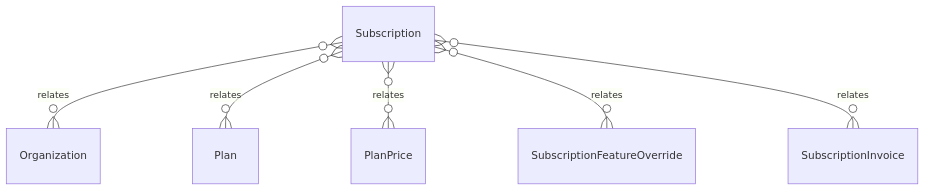
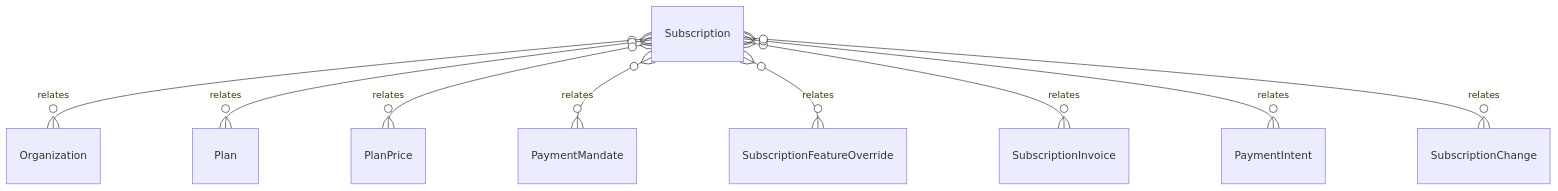
One commit to tejasnirala/rcln changed the diagram in .kb/Database/Subscription.md. Above: the diagram before and after it, drawn with Mermaid. The commit also changed other lines of this file and 274 other files, not shown here.

````diff
--- a/.kb/Database/Subscription.md
+++ b/.kb/Database/Subscription.md
@@ -51,8 +66,11 @@
 ```mermaid
 erDiagram
     Subscription }o--o{ Organization : relates
     Subscription }o--o{ Plan : relates
     Subscription }o--o{ PlanPrice : relates
+    Subscription }o--o{ PaymentMandate : relates
     Subscription }o--o{ SubscriptionFeatureOverride : relates
     Subscription }o--o{ SubscriptionInvoice : relates
+    Subscription }o--o{ PaymentIntent : relates
+    Subscription }o--o{ SubscriptionChange : relates
 ```
````
